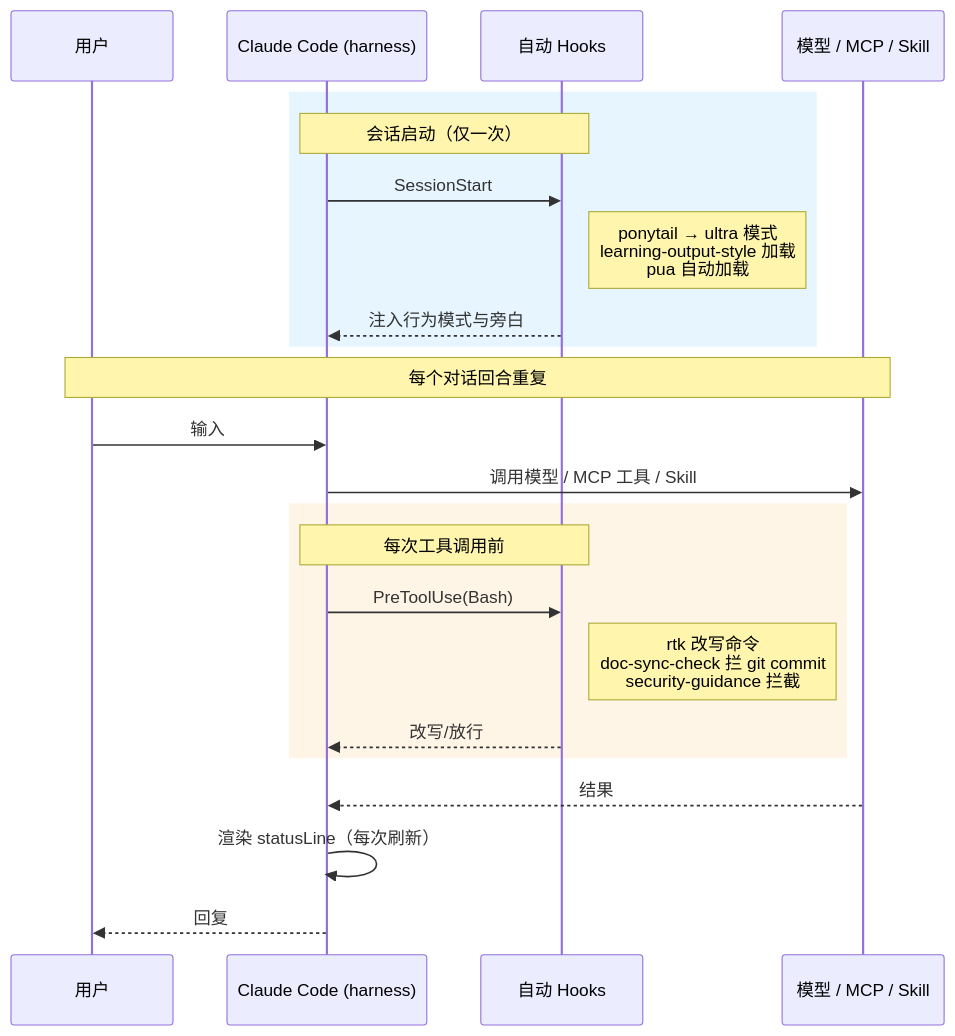
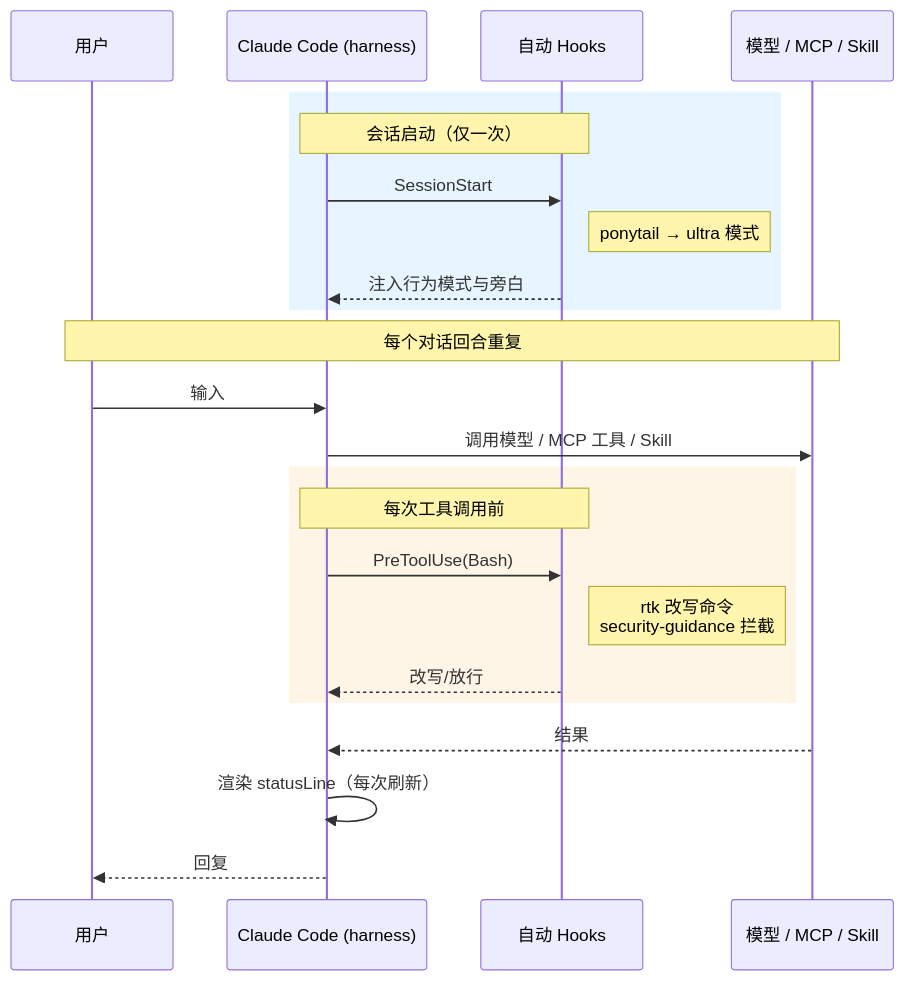
The diagram in 01-编程笔记/04-专项研究/Ai/Claude Code/已安装扩展.md (luguosong/obsidian-note), drawn with Mermaid before and after one commit. The commit also changed other lines of this file and 6 other files, not shown here.

````diff
--- a/01-编程笔记/04-专项研究/Ai/Claude Code/已安装扩展.md
+++ b/01-编程笔记/04-专项研究/Ai/Claude Code/已安装扩展.md
@@ -40,29 +40,29 @@
 ```mermaid
 sequenceDiagram
     participant U as 用户
     participant CC as Claude Code (harness)
     participant H as 自动 Hooks
     participant X as 模型 / MCP / Skill
 
     rect rgb(230, 245, 255)
     Note over CC,H: 会话启动（仅一次）
     CC->>H: SessionStart
-    Note right of H: ponytail → ultra 模式<br/>learning-output-style 加载<br/>pua 自动加载
+    Note right of H: ponytail → ultra 模式
     H-->>CC: 注入行为模式与旁白
     end
 
     Note over U,X: 每个对话回合重复
     U->>CC: 输入
     CC->>X: 调用模型 / MCP 工具 / Skill
 
     rect rgb(255, 245, 230)
     Note over CC,H: 每次工具调用前
     CC->>H: PreToolUse(Bash)
-    Note right of H: rtk 改写命令<br/>doc-sync-check 拦 git commit<br/>security-guidance 拦截
+    Note right of H: rtk 改写命令<br/>security-guidance 拦截
     H-->>CC: 改写/放行
     end
 
     X-->>CC: 结果
     CC->>CC: 渲染 statusLine（每次刷新）
     CC-->>U: 回复
 ```
````
